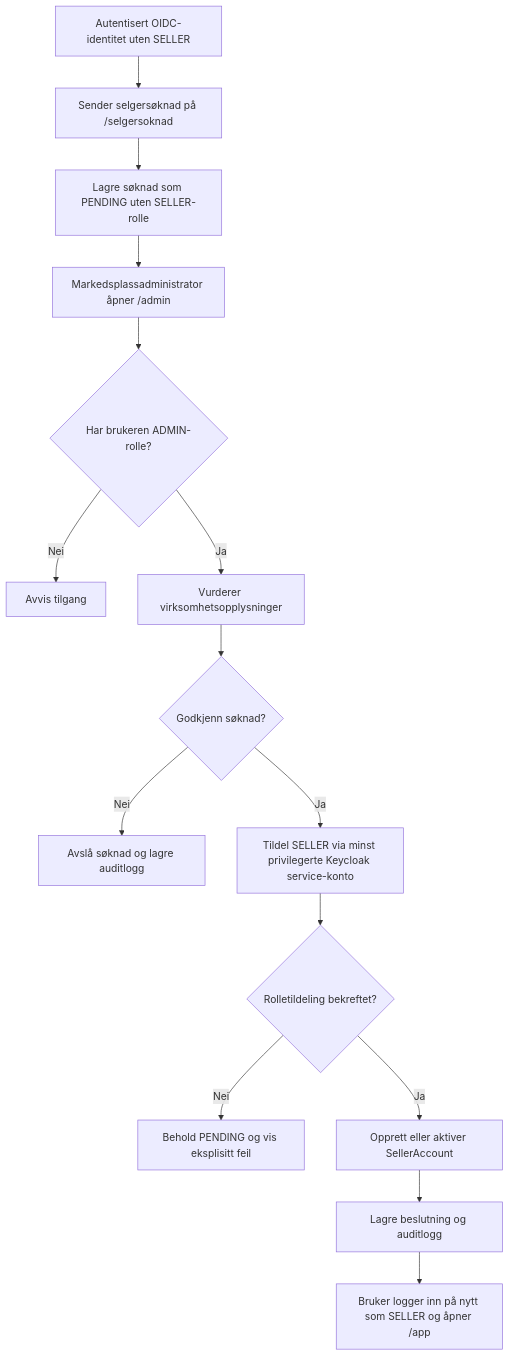
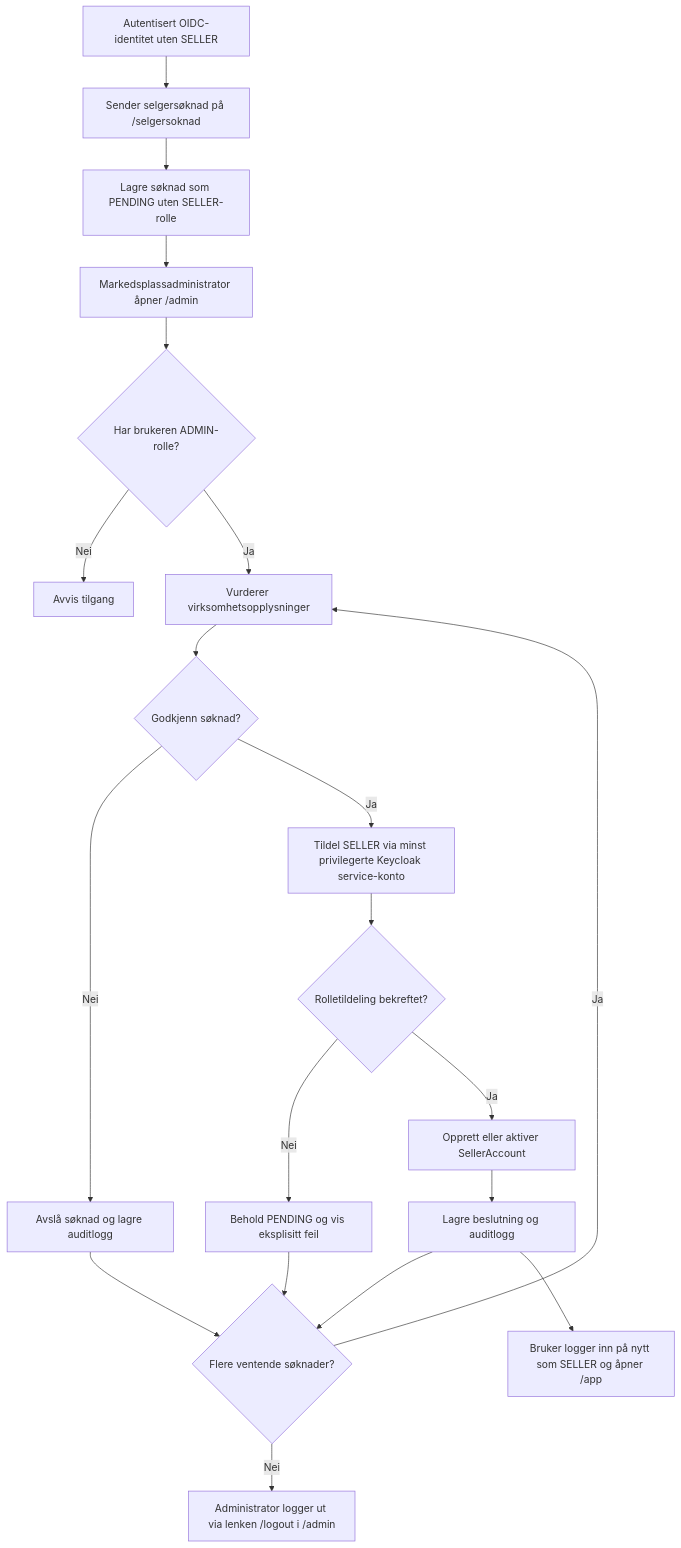
One commit to vardaasen/prosjekt changed the seventh of 9 diagrams in docs/userflows/seo-public-app-diagrams.md. Above: the diagram before and after it, drawn with Mermaid. The commit also changed other lines of this file and 1 other file, not shown here.

Commit message:
docs: legg til administratorutlogging i brukerflytdiagram 7
Diagrammet for godkjenning av selgersøknad sluttet etter lagret
beslutning, uten å vise at administratoren logger ut via /logout
(lenken finnes allerede i AdminWorkspaceView). Legger til en
"flere ventende søknader?"-løkke og en eksplisitt utloggingsnode,
og oppdaterer dekningstabellen til å nevne utlogging som implementert.

````diff
--- a/docs/userflows/seo-public-app-diagrams.md
+++ b/docs/userflows/seo-public-app-diagrams.md
@@ -168,17 +168,22 @@
 ```mermaid
 flowchart TD
     A[Autentisert OIDC-identitet uten SELLER] --> C[Sender selgersøknad på /selgersoknad]
     C --> D[Lagre søknad som PENDING uten SELLER-rolle]
     D --> E[Markedsplassadministrator åpner /admin]
     E --> F{Har brukeren ADMIN-rolle?}
     F -- Nei --> G[Avvis tilgang]
     F -- Ja --> H[Vurderer virksomhetsopplysninger]
     H --> I{Godkjenn søknad?}
     I -- Nei --> J[Avslå søknad og lagre auditlogg]
     I -- Ja --> K[Tildel SELLER via minst privilegerte Keycloak service-konto]
     K --> L{Rolletildeling bekreftet?}
     L -- Nei --> M[Behold PENDING og vis eksplisitt feil]
     L -- Ja --> N[Opprett eller aktiver SellerAccount]
     N --> O[Lagre beslutning og auditlogg]
+    J --> Q{Flere ventende søknader?}
+    O --> Q
+    M --> Q
+    Q -- Ja --> H
+    Q -- Nei --> R[Administrator logger ut via lenken /logout i /admin]
     O --> P[Bruker logger inn på nytt som SELLER og åpner /app]
 ```
````
